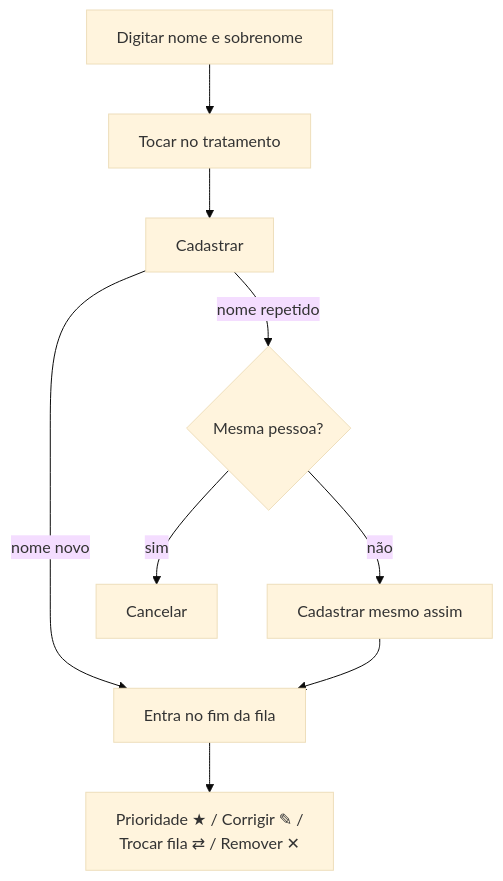
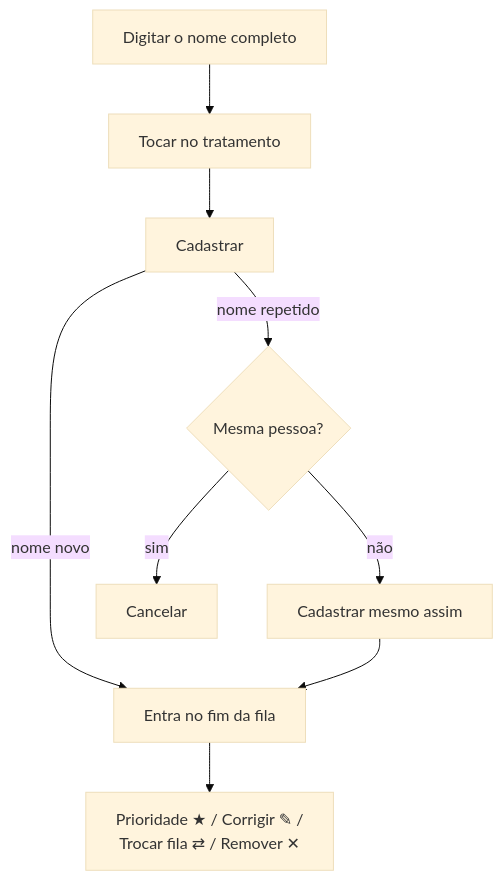
The first of 2 diagrams in docs/fluxos/2-recepcao.md (ZeRobertoMagalhaes/Gelf_Painel-chamadas-tv-filas), drawn with Mermaid (base theme) before and after one commit. The commit also changed other lines of this file and 40 other files, not shown here.

First line of the commit message:
Nome completo em um único campo e conexão do celular sem WebSocket obrigatório

````diff
--- a/docs/fluxos/2-recepcao.md
+++ b/docs/fluxos/2-recepcao.md
@@ -7,10 +7,10 @@
 ```mermaid
 flowchart TD
-    A[Digitar nome e sobrenome] --> B[Tocar no tratamento]
+    A[Digitar o nome completo] --> B[Tocar no tratamento]
     B --> C[Cadastrar]
     C -->|nome novo| D[Entra no fim da fila]
     C -->|nome repetido| E{Mesma pessoa?}
     E -->|não| F[Cadastrar mesmo assim] --> D
     E -->|sim| G[Cancelar]
     D --> H[Prioridade ★ / Corrigir ✎ /<br/>Trocar fila ⇄ / Remover ✕]
 ```
````
